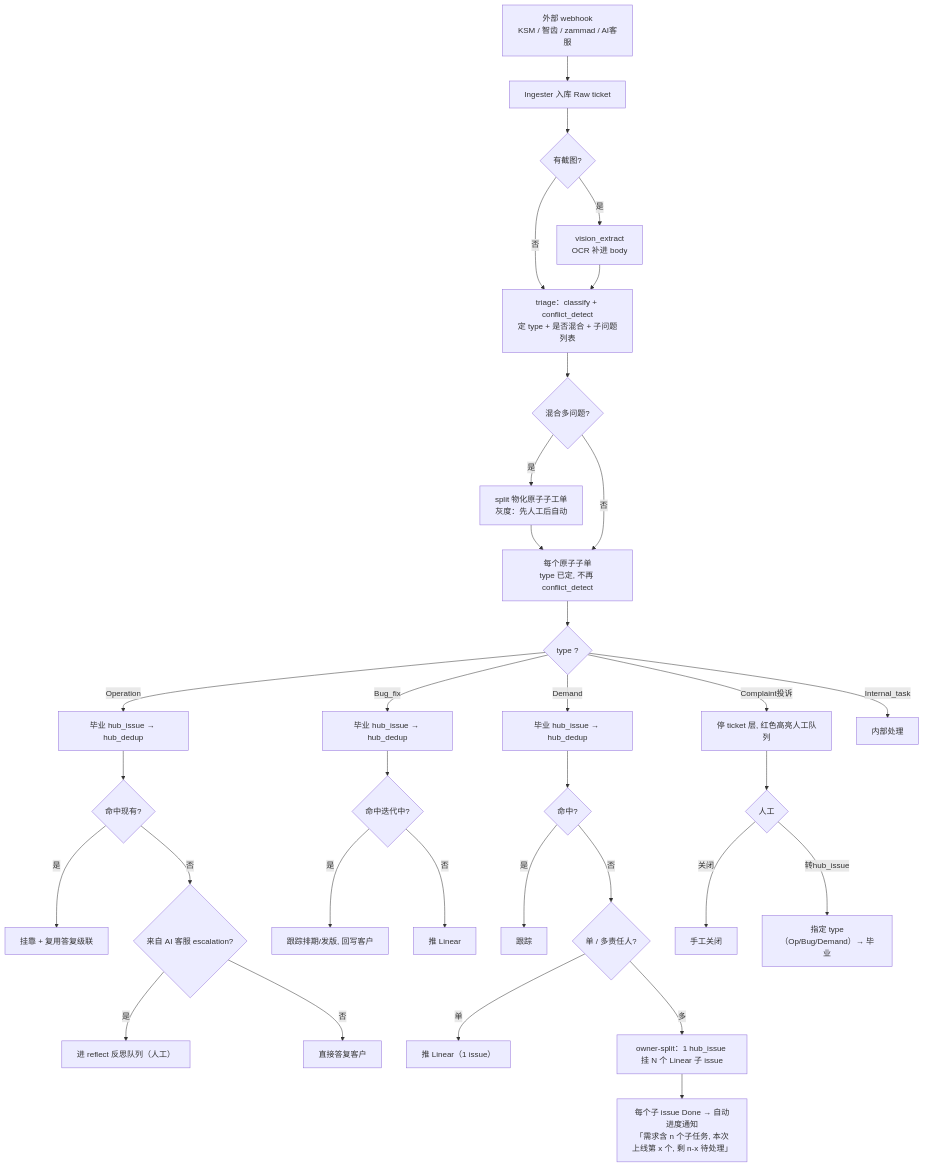
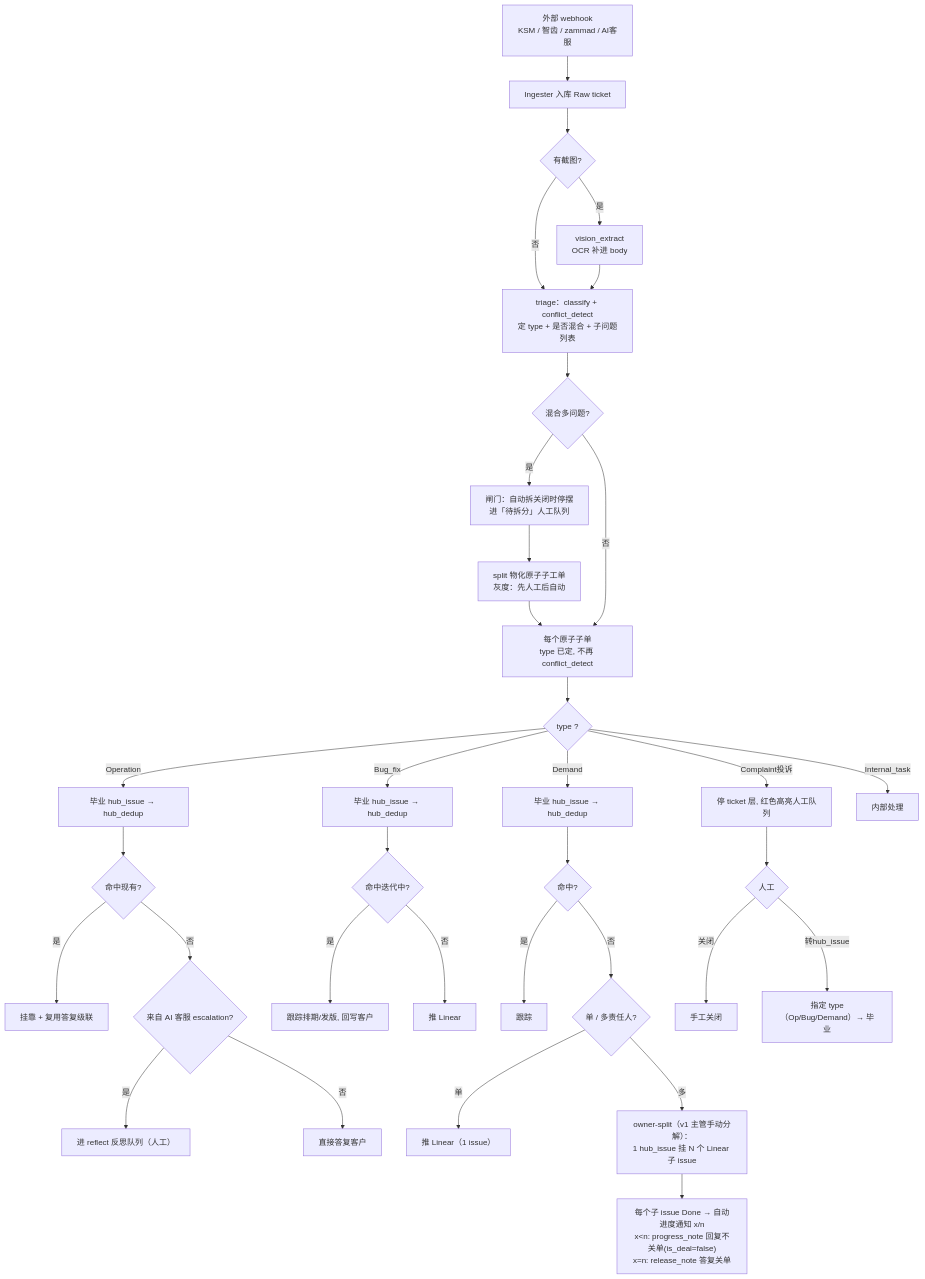
The first of 3 diagrams in docs/adr/0016-agent-pipeline-restructure.md (invagent/ticket-hub), drawn with Mermaid before and after one commit. The commit also changed other lines of this file, not shown here.

First line of the commit message:
docs(adr): 0016 review 修正 — progress_note 关单语义/混合单闸门/escalation 链归属/draft 验证器

````diff
--- a/docs/adr/0016-agent-pipeline-restructure.md
+++ b/docs/adr/0016-agent-pipeline-restructure.md
@@ -64,40 +66,41 @@
 ```mermaid
 flowchart TD
   WH["外部 webhook<br/>KSM / 智齿 / zammad / AI客服"] --> ING["Ingester 入库 Raw ticket"]
   ING --> V{"有截图?"}
   V -- 是 --> VIS["vision_extract<br/>OCR 补进 body"]
   V -- 否 --> TRI
   VIS --> TRI["triage：classify + conflict_detect<br/>定 type + 是否混合 + 子问题列表"]
   TRI --> MIX{"混合多问题?"}
-  MIX -- 是 --> SPLIT["split 物化原子子工单<br/>灰度：先人工后自动"]
+  MIX -- 是 --> GATE["闸门：自动拆关闭时停摆<br/>进「待拆分」人工队列"]
+  GATE --> SPLIT["split 物化原子子工单<br/>灰度：先人工后自动"]
   SPLIT --> ATOM["每个原子子单<br/>type 已定, 不再 conflict_detect"]
   MIX -- 否 --> ATOM
   ATOM --> TYPE{"type ?"}
 
   TYPE -- Operation --> OPG["毕业 hub_issue → hub_dedup"]
   OPG --> OPDUP{"命中现有?"}
   OPDUP -- 是 --> OPRE["挂靠 + 复用答复级联"]
   OPDUP -- 否 --> OPESC{"来自 AI 客服 escalation?"}
   OPESC -- 是 --> OPQ["进 reflect 反思队列（人工）"]
   OPESC -- 否 --> OPANS["直接答复客户"]
 
   TYPE -- Bug_fix --> BG["毕业 hub_issue → hub_dedup"]
   BG --> BDUP{"命中迭代中?"}
   BDUP -- 是 --> BTRK["跟踪排期/发版, 回写客户"]
   BDUP -- 否 --> BLIN["推 Linear"]
 
   TYPE -- Demand --> DG["毕业 hub_issue → hub_dedup"]
   DG --> DDUP{"命中?"}
   DDUP -- 是 --> DTRK["跟踪"]
   DDUP -- 否 --> DOWN{"单 / 多责任人?"}
   DOWN -- 单 --> DLIN["推 Linear（1 issue）"]
-  DOWN -- 多 --> DSPLIT["owner-split：1 hub_issue 挂 N 个 Linear 子 issue"]
-  DSPLIT --> DREL["每个子 issue Done → 自动进度通知<br/>「需求含 n 个子任务, 本次上线第 x 个, 剩 n-x 待处理」"]
+  DOWN -- 多 --> DSPLIT["owner-split（v1 主管手动分解）：<br/>1 hub_issue 挂 N 个 Linear 子 issue"]
+  DSPLIT --> DREL["每个子 issue Done → 自动进度通知 x/n<br/>x&lt;n: progress_note 回复不关单(is_deal=false)<br/>x=n: release_note 答复关单"]
 
   TYPE -- Complaint投诉 --> CQ["停 ticket 层, 红色高亮人工队列"]
   CQ --> CACT{"人工"}
   CACT -- 关闭 --> CCL["手工关闭"]
   CACT -- 转hub_issue --> CCONV["指定 type（Op/Bug/Demand）→ 毕业"]
 
   TYPE -- Internal_task --> IN["内部处理"]
 ```
````
